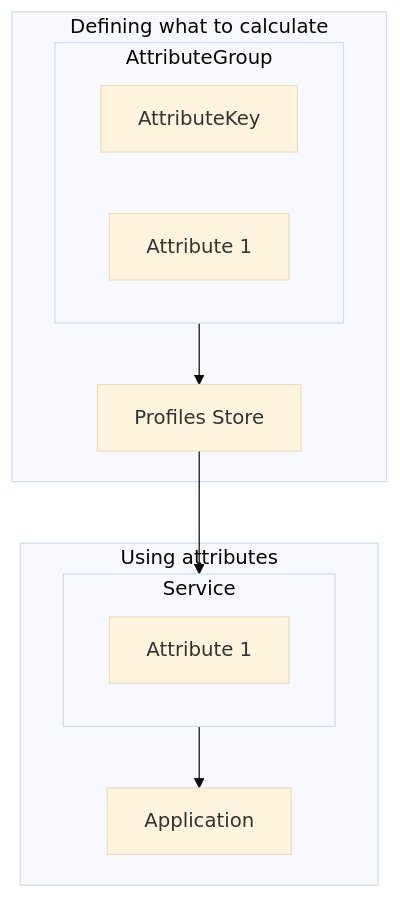
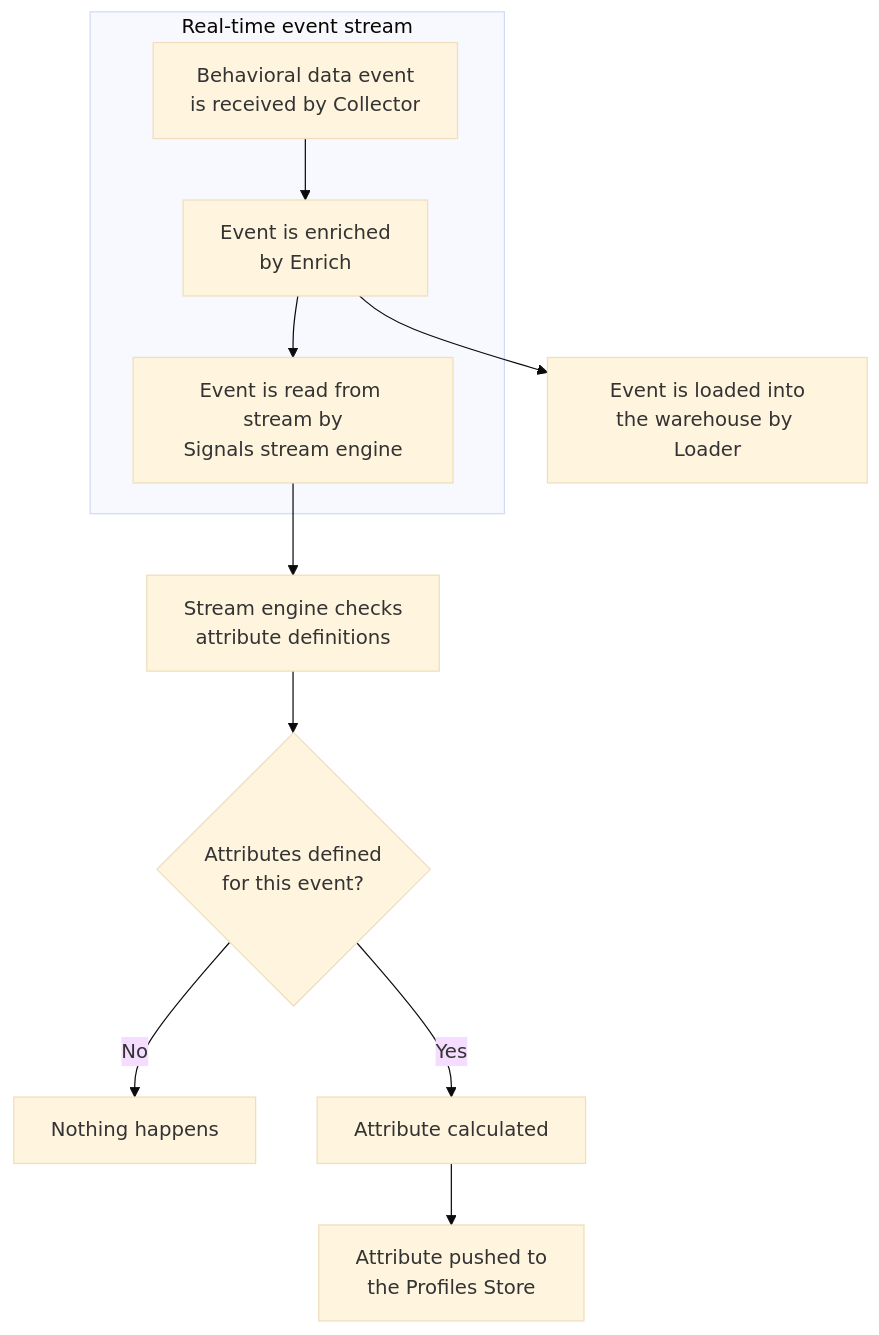
The first of 3 diagrams in docs/signals/concepts/index.md (snowplow/documentation), drawn with Mermaid (base theme) before and after one commit. The commit also changed other lines of this file and 35 other files, not shown here.

````diff
--- a/docs/signals/concepts/index.md
+++ b/docs/signals/concepts/index.md
@@ -30,21 +86,17 @@
 ```mermaid
 flowchart TD
-    subgraph Section1[Defining what to calculate]
-        subgraph AttributeGroup[AttributeGroup]
-            AG_AttributeKey[AttributeKey]
-            AG_Attr1[Attribute 1]
-        end
-
-        AttributeGroup --> ProfilesStore[Profiles Store]
+    subgraph Stream[Real-time event stream]
+        A[Behavioral data event<br/>is received by Collector] --> B[Event is enriched<br/>by Enrich]
+        B --> D[Event is read from stream by<br/>Signals stream engine]
     end
 
-    subgraph Section2[Using attributes]
-        ProfilesStore --> Service[Service]
+    B --> C[Event is loaded into<br/>the warehouse by Loader]
 
-        subgraph Service
-            S_Attr1[Attribute 1]
-        end
+    D --> E[Stream engine checks<br/>attribute definitions]
+    E --> F{Attributes defined<br/>for this event?}
 
-        Service --> Application[Application]
-    end
+    F -->|No| G[Nothing happens]
+
+    F -->|Yes| I[Attribute calculated]
+    I -->     J[Attribute pushed to<br/>the Profiles Store]
 ```
````
